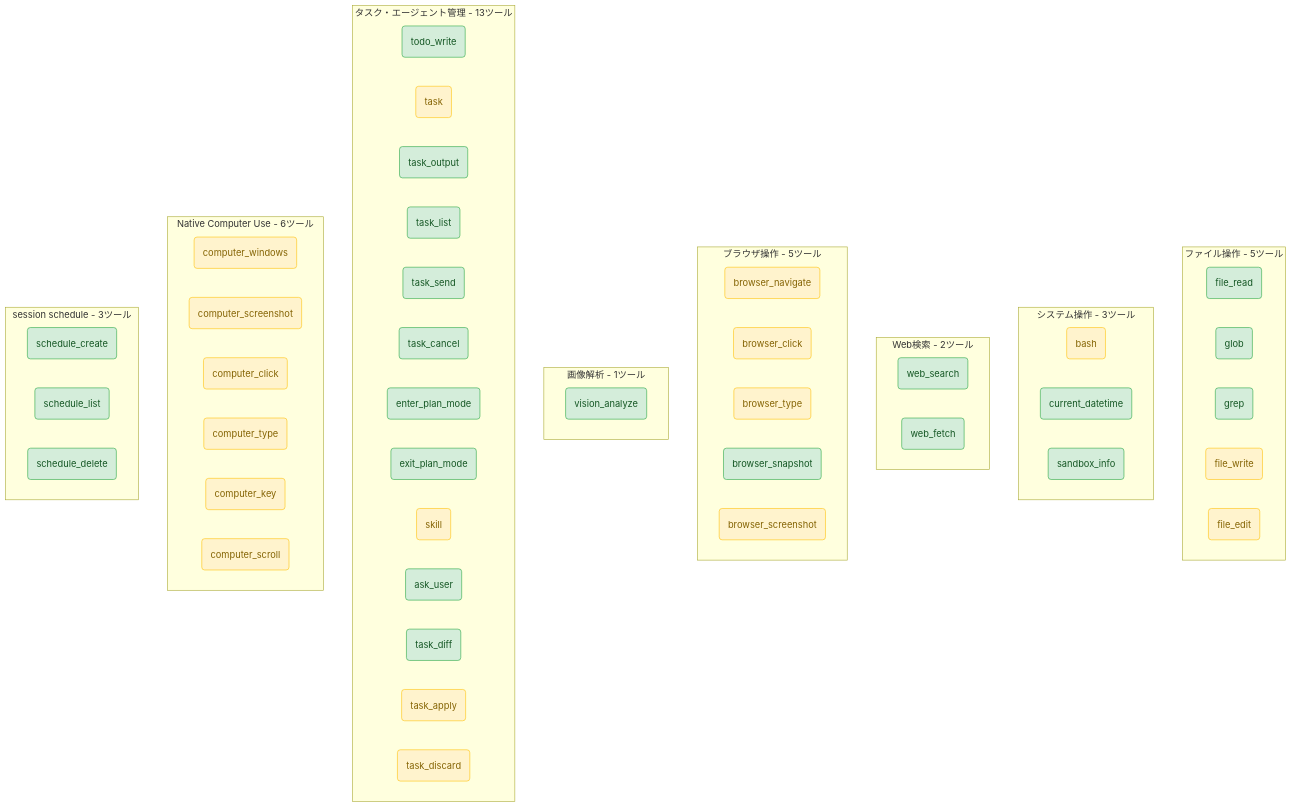
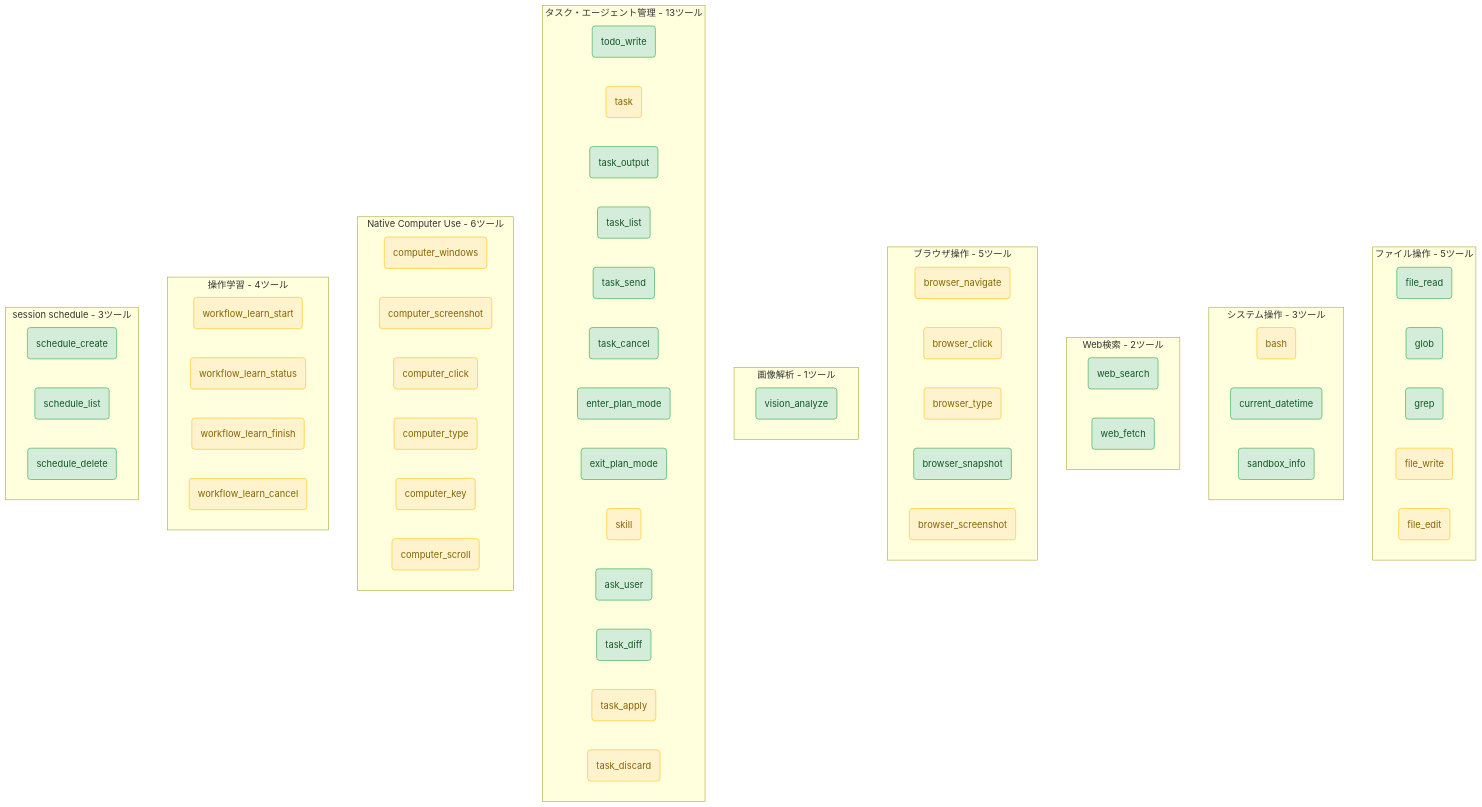
One commit to t2k2pp/lllmAgents changed the fourth of 5 diagrams in docs/external_design.md. Above: the diagram before and after it, drawn with Mermaid. The commit also changed other lines of this file and 27 other files, not shown here.

````diff
--- a/docs/external_design.md
+++ b/docs/external_design.md
@@ -195,67 +195,74 @@
 ```mermaid
 graph TD
     classDef safe fill:#d4edda,stroke:#28a745,color:#155724;
     classDef ask fill:#fff3cd,stroke:#ffc107,color:#856404;
 
     subgraph Filesystem [ファイル操作 - 5ツール]
         F1(file_read):::safe
         F2(glob):::safe
         F3(grep):::safe
         F4(file_write):::ask
         F5(file_edit):::ask
     end
 
     subgraph System [システム操作 - 3ツール]
         S1(bash):::ask
         S2(current_datetime):::safe
         S3(sandbox_info):::safe
     end
 
     subgraph Web [Web検索 - 2ツール]
         W1(web_search):::safe
         W2(web_fetch):::safe
     end
 
     subgraph Browser [ブラウザ操作 - 5ツール]
         B1(browser_navigate):::ask
         B2(browser_click):::ask
         B3(browser_type):::ask
         B4(browser_snapshot):::safe
         B5(browser_screenshot):::ask
     end
 
     subgraph Vision [画像解析 - 1ツール]
         V1(vision_analyze):::safe
     end
 
     subgraph AgentTools [タスク・エージェント管理 - 13ツール]
         A1(todo_write):::safe
         A2(task):::ask
         A3(task_output):::safe
         A4(task_list):::safe
         A5(task_send):::safe
         A6(task_cancel):::safe
         A7(enter_plan_mode):::safe
         A8(exit_plan_mode):::safe
         A9(skill):::ask
         A10(ask_user):::safe
         A11(task_diff):::safe
         A12(task_apply):::ask
         A13(task_discard):::ask
     end
 
     subgraph Computer [Native Computer Use - 6ツール]
         CU1(computer_windows):::ask
         CU2(computer_screenshot):::ask
         CU3(computer_click):::ask
         CU4(computer_type):::ask
         CU5(computer_key):::ask
         CU6(computer_scroll):::ask
     end
 
+    subgraph WorkflowLearning [操作学習 - 4ツール]
+        WL1(workflow_learn_start):::ask
+        WL2(workflow_learn_status):::ask
+        WL3(workflow_learn_finish):::ask
+        WL4(workflow_learn_cancel):::ask
+    end
+
     subgraph Schedule [session schedule - 3ツール]
         C1(schedule_create):::safe
         C2(schedule_list):::safe
         C3(schedule_delete):::safe
     end
 ```
````
